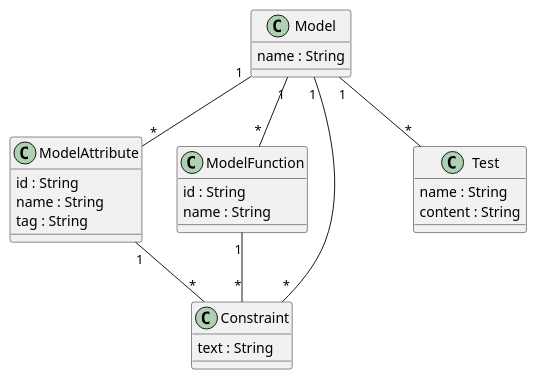
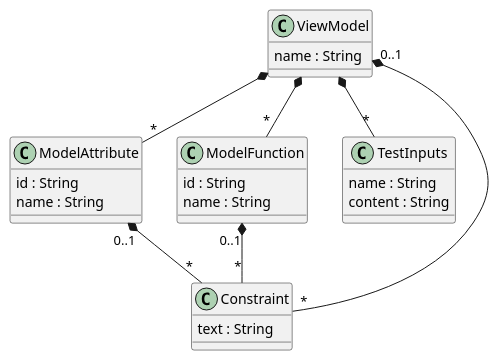
The diagram in uml/contester-metamodel-class-diagram.puml (kwojcikowski/contester), drawn with PlantUML before and after one commit. The commit also changed 2 other files, not shown here.

Commit message:
Align diagrams

```diff
--- a/uml/contester-metamodel-class-diagram.puml
+++ b/uml/contester-metamodel-class-diagram.puml
@@ -1,35 +1,34 @@
 @startuml contester-metamodel-class-diagram
 
-class Model {
+class "ViewModel" as Model {
     name : String
 }
 
 class ModelAttribute {
     id : String
     name : String
-    tag : String
 }
 
 class ModelFunction {
     id : String 
     name : String
 }
 
+class "TestInputs" as Test {
+    name : String
+    content : String
+}
+
 class Constraint {
     text : String
 }
 
-class Test {
-    name : String
-    content : String
-}
+Model *-- "*" ModelAttribute
+Model *-- "*" ModelFunction
+Model "0..1" *-- "*" Constraint
+Model *-- "*" Test
 
-Model "1" -- "*" ModelAttribute
-Model "1" -- "*" ModelFunction
-Model "1" -- "*" Constraint
-Model "1" -- "*" Test
-
-ModelFunction "1" -- "*" Constraint
-ModelAttribute "1" -- "*" Constraint
+ModelFunction "0..1" *-- "*" Constraint
+ModelAttribute "0..1" *-- "*" Constraint
 
 @enduml
```
